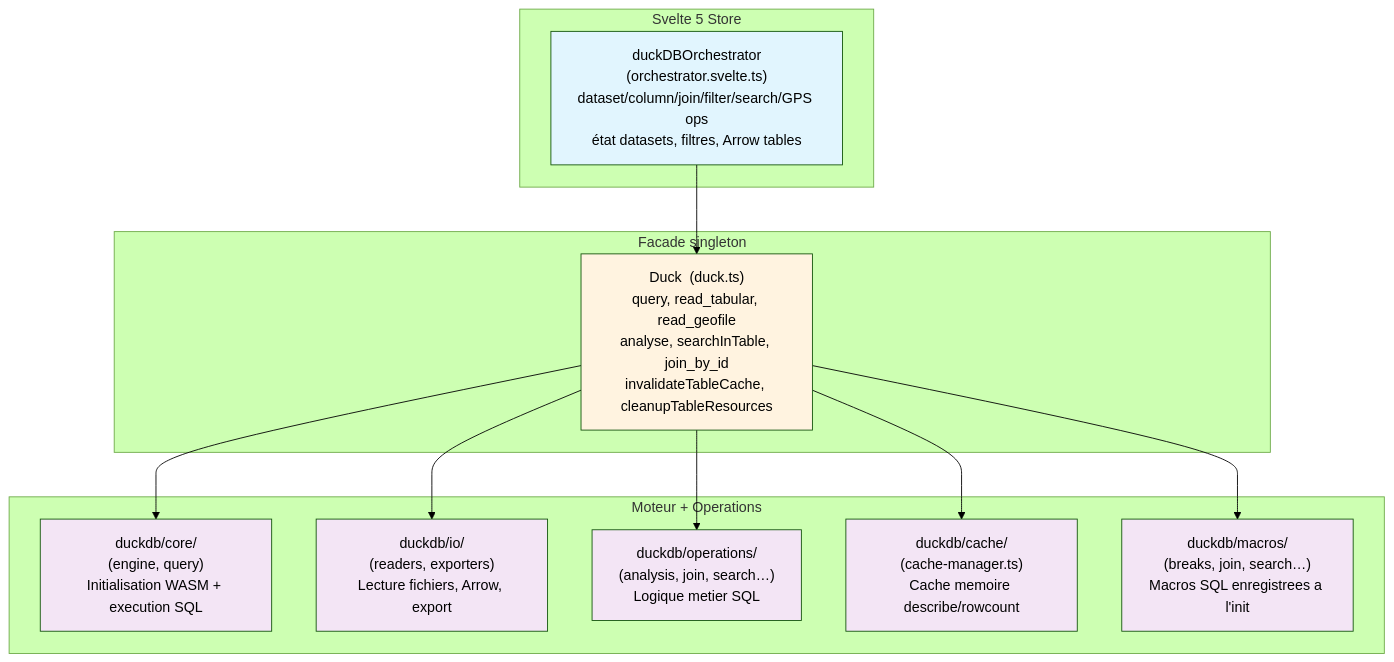
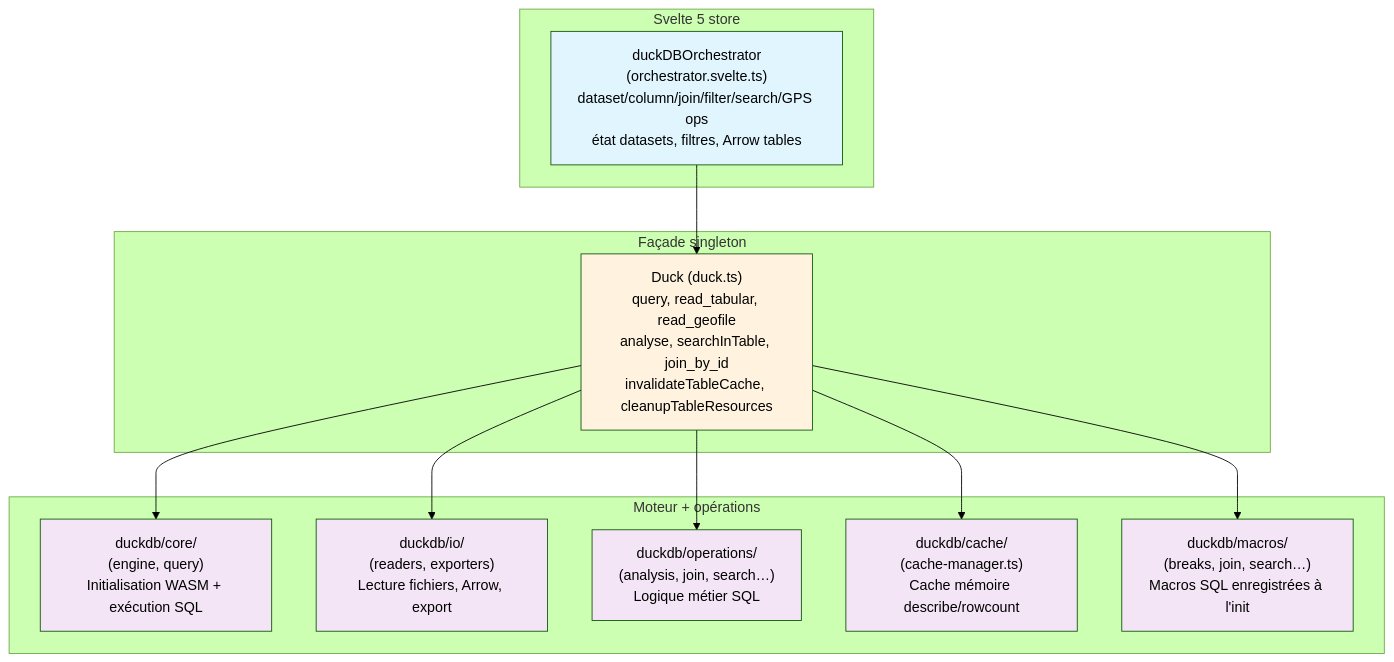
Before and after one commit to AtelierCartographie/khartis-v3: the first of 3 diagrams in docs/DUCKDB.md, drawn with Mermaid (forest theme). The commit also changed other lines of this file and 15 other files, not shown here.

````diff
--- a/docs/DUCKDB.md
+++ b/docs/DUCKDB.md
@@ -11,33 +13,33 @@
 ```mermaid
 flowchart TB
-    subgraph "Svelte 5 Store"
+    subgraph "Svelte 5 store"
         ORCH["duckDBOrchestrator<br/>(orchestrator.svelte.ts)<br/>dataset/column/join/filter/search/GPS ops<br/>état datasets, filtres, Arrow tables"]
     end
 
-    subgraph "Facade singleton"
-        DUCK["Duck  (duck.ts)<br/>query, read_tabular, read_geofile<br/>analyse, searchInTable, join_by_id<br/>invalidateTableCache, cleanupTableResources"]
+    subgraph "Façade singleton"
+        DUCK["Duck (duck.ts)<br/>query, read_tabular, read_geofile<br/>analyse, searchInTable, join_by_id<br/>invalidateTableCache, cleanupTableResources"]
     end
 
-    subgraph "Moteur + Operations"
-        CORE["duckdb/core/<br/>(engine, query)<br/>Initialisation WASM + execution SQL"]
+    subgraph "Moteur + opérations"
+        CORE["duckdb/core/<br/>(engine, query)<br/>Initialisation WASM + exécution SQL"]
         IO["duckdb/io/<br/>(readers, exporters)<br/>Lecture fichiers, Arrow, export"]
-        OPS["duckdb/operations/<br/>(analysis, join, search…)<br/>Logique metier SQL"]
-        CACHE["duckdb/cache/<br/>(cache-manager.ts)<br/>Cache memoire describe/rowcount"]
-        MACROS["duckdb/macros/<br/>(breaks, join, search…)<br/>Macros SQL enregistrees a l'init"]
+        OPS["duckdb/operations/<br/>(analysis, join, search…)<br/>Logique métier SQL"]
+        CACHE["duckdb/cache/<br/>(cache-manager.ts)<br/>Cache mémoire describe/rowcount"]
+        MACROS["duckdb/macros/<br/>(breaks, join, search…)<br/>Macros SQL enregistrées à l'init"]
     end
 
     ORCH --> DUCK
     DUCK --> CORE
     DUCK --> IO
     DUCK --> OPS
     DUCK --> CACHE
     DUCK --> MACROS
 
     style ORCH fill:#e1f5fe
     style DUCK fill:#fff3e0
     style CORE fill:#f3e5f5
     style IO fill:#f3e5f5
     style OPS fill:#f3e5f5
     style CACHE fill:#f3e5f5
     style MACROS fill:#f3e5f5
 ```
````
